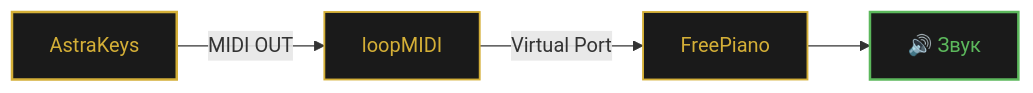
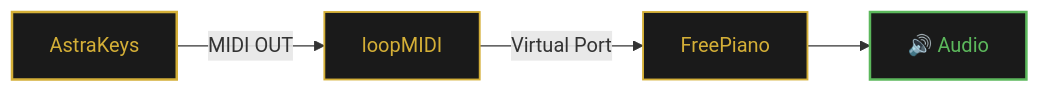
One commit to SMisha2/AstraKeys changed the second of 2 diagrams in README.md. Above: the diagram before and after it, drawn with Mermaid. The commit also changed other lines of this file, not shown here.

````diff
--- a/README.md
+++ b/README.md
@@ -361,14 +361,14 @@
 ```mermaid
 graph LR
     A[AstraKeys] -->|MIDI OUT| B[loopMIDI]
     B -->|Virtual Port| C[FreePiano]
-    C --> D[🔊 Звук]
+    C --> D[🔊 Audio]
 
     classDef app fill:#1a1a1a,stroke:#d4af37,color:#d4af37,stroke-width:2px
     classDef mid fill:#1a1a1a,stroke:#d4af37,color:#d4af37,stroke-width:1.5px
     classDef out fill:#1a1a1a,stroke:#5cb85c,color:#5cb85c,stroke-width:2px
 
     class A app
     class B,C mid
     class D out
 ```
````
